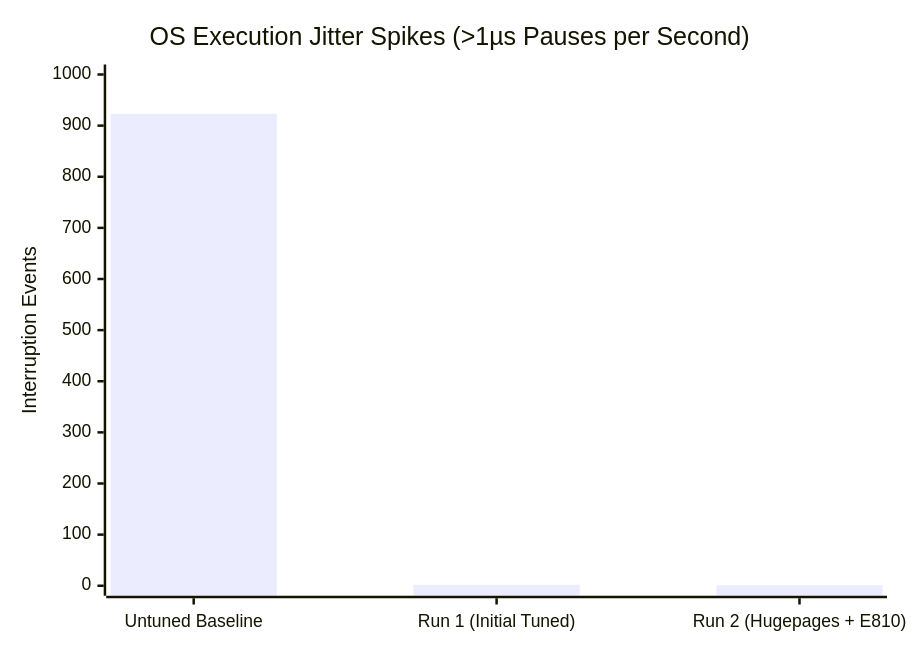
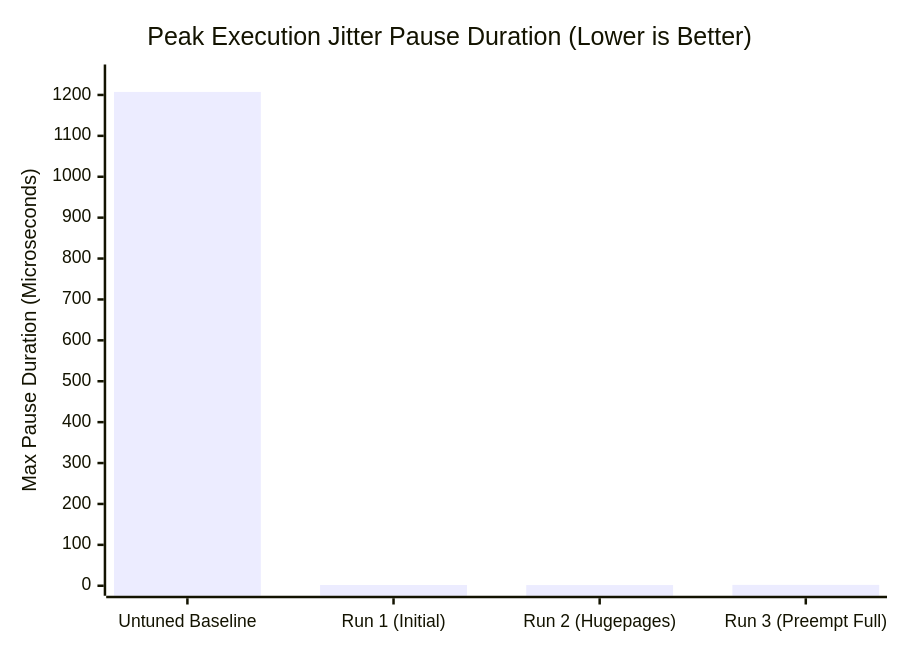
One commit to wazzuck/hft changed the first of 2 diagrams in results/BASELINE_VS_TUNED_FINAL_REPORT.md. Above: the diagram before and after it, drawn with Mermaid. The commit also changed other lines of this file and 8 other files, not shown here.

Commit message:
feat(benchmark): record run 3 post-reboot results with preempt=full and PCIe MRRS 4096B

````diff
--- a/results/BASELINE_VS_TUNED_FINAL_REPORT.md
+++ b/results/BASELINE_VS_TUNED_FINAL_REPORT.md
@@ -52,7 +63,7 @@
 ```mermaid
 xychart-beta
-    title "OS Execution Jitter Spikes (>1µs Pauses per Second)"
-    x-axis ["Untuned Baseline", "Run 1 (Initial Tuned)", "Run 2 (Hugepages + E810)"]
-    y-axis "Interruption Events" 0 --> 1000
-    bar [923, 2, 1]
+    title "Peak Execution Jitter Pause Duration (Lower is Better)"
+    x-axis ["Untuned Baseline", "Run 1 (Initial)", "Run 2 (Hugepages)", "Run 3 (Preempt Full)"]
+    y-axis "Max Pause Duration (Microseconds)" 0 --> 1250
+    bar [1207.4, 1.88, 1.68, 2.12]
 ```
````
